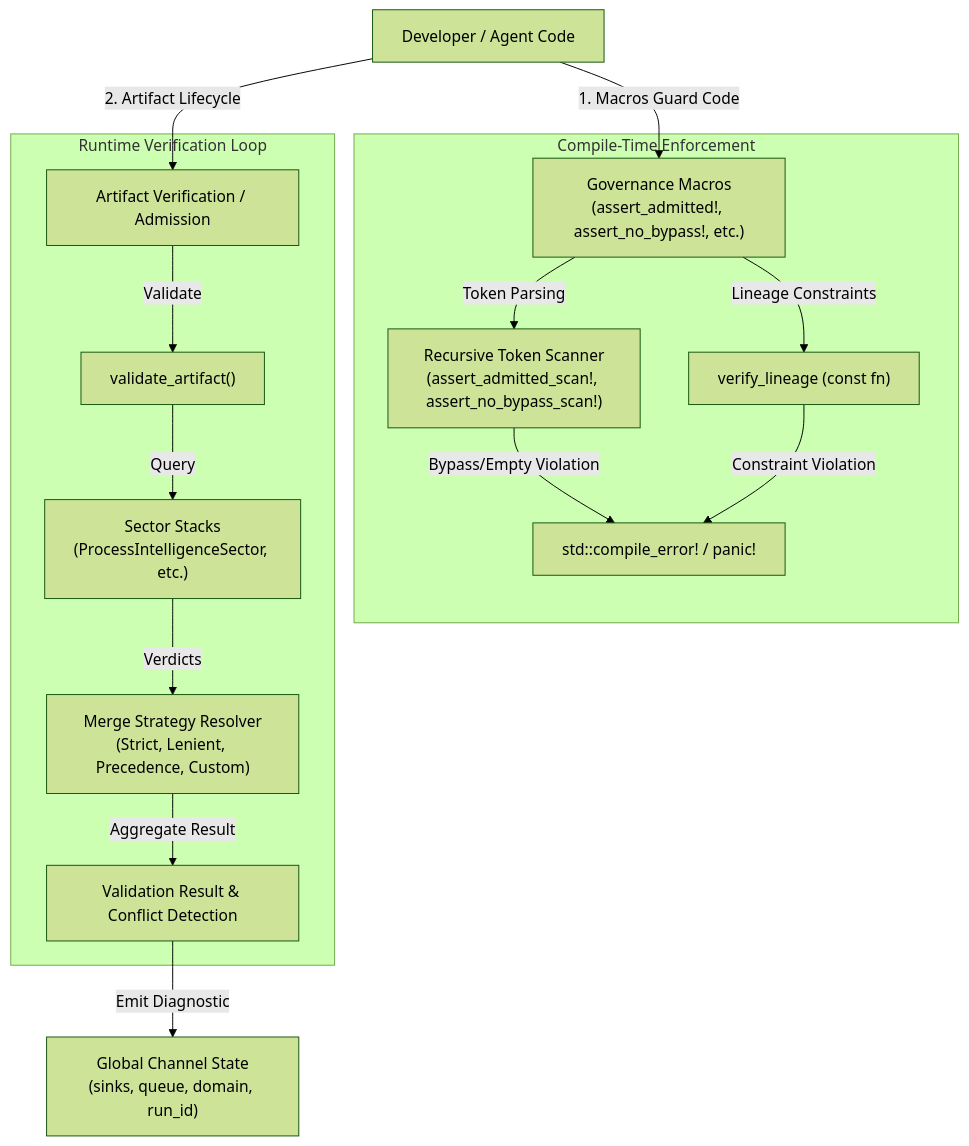
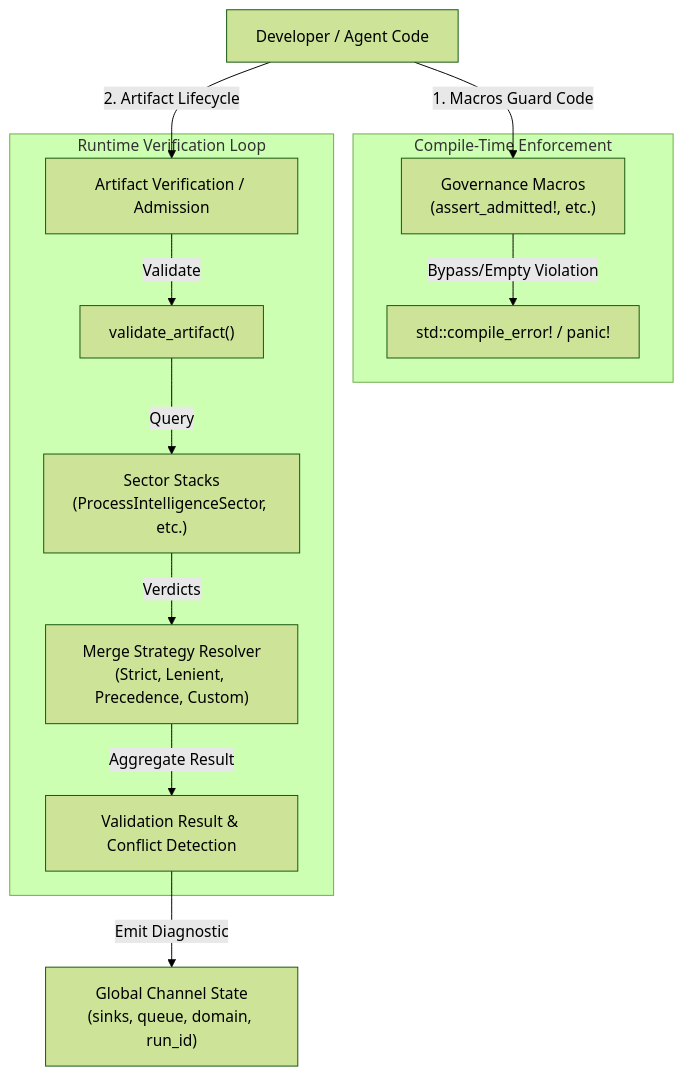
The first of 2 diagrams in docs/governance_architecture.md (seanchatmangpt/chicago-tdd-tools), drawn with Mermaid (forest theme) before and after one commit. The commit also changed other lines of this file and 51 other files, not shown here.

````diff
--- a/docs/governance_architecture.md
+++ b/docs/governance_architecture.md
@@ -11,39 +11,34 @@
 ```mermaid
 graph TD
     %% Nodes
     DeveloperCode["Developer / Agent Code"]
     
     %% Compile-Time Path
     subgraph Compile-Time ["Compile-Time Enforcement"]
-        Macros["Governance Macros<br>(assert_admitted!, assert_no_bypass!, etc.)"]
-        TokenScanner["Recursive Token Scanner<br>(assert_admitted_scan!, assert_no_bypass_scan!)"]
-        ConstLineage["verify_lineage (const fn)"]
+        Macros["Governance Macros<br>(assert_admitted!, etc.)"]
         CompileError["std::compile_error! / panic!"]
     end
 
     %% Runtime Path
     subgraph Runtime ["Runtime Verification Loop"]
         ArtifactAdmission["Artifact Verification / Admission"]
         ValidateArtifact["validate_artifact()"]
         SectorStacks["Sector Stacks<br>(ProcessIntelligenceSector, etc.)"]
         MergeStrategy["Merge Strategy Resolver<br>(Strict, Lenient, Precedence, Custom)"]
         VerdictResult["Validation Result & Conflict Detection"]
     end
 
     %% Global State & Output
     Channel["Global Channel State<br>(sinks, queue, domain, run_id)"]
 
     %% Connections
     DeveloperCode -->|1. Macros Guard Code| Macros
-    Macros -->|Token Parsing| TokenScanner
-    Macros -->|Lineage Constraints| ConstLineage
-    TokenScanner -->|Bypass/Empty Violation| CompileError
-    ConstLineage -->|Constraint Violation| CompileError
+    Macros -->|Bypass/Empty Violation| CompileError
 
     DeveloperCode -->|2. Artifact Lifecycle| ArtifactAdmission
     ArtifactAdmission -->|Validate| ValidateArtifact
     ValidateArtifact -->|Query| SectorStacks
     SectorStacks -->|Verdicts| MergeStrategy
     MergeStrategy -->|Aggregate Result| VerdictResult
     VerdictResult -->|Emit Diagnostic| Channel
 ```
````
